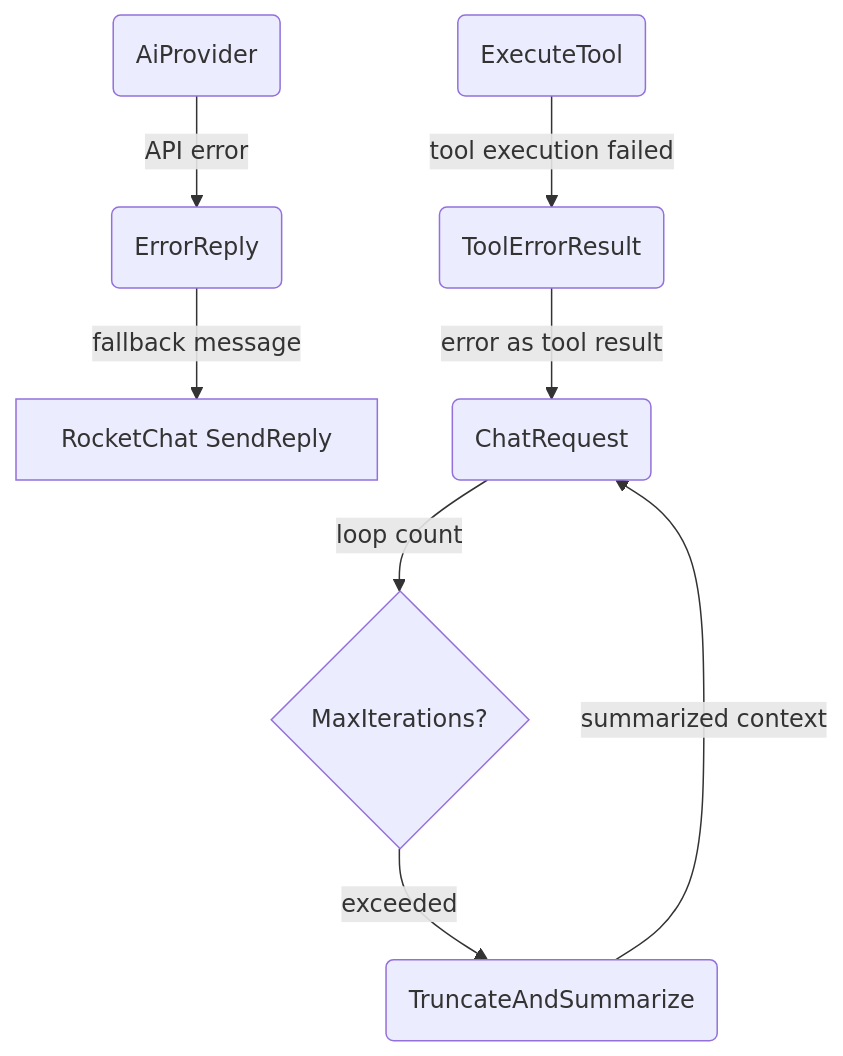
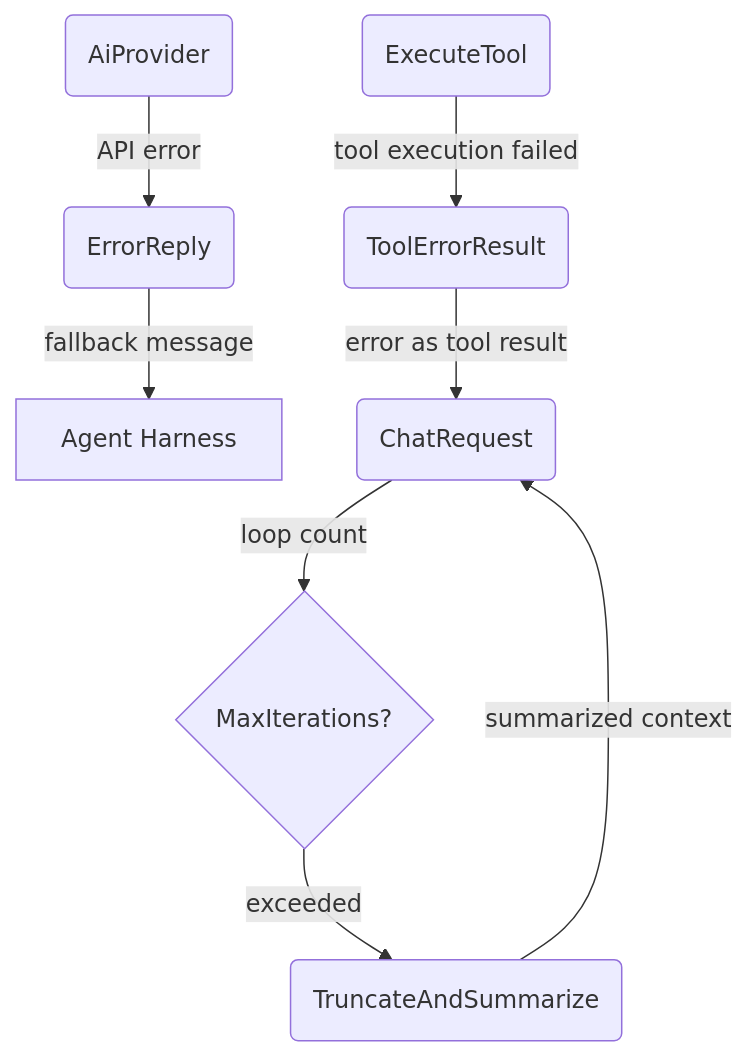
Before and after one commit to cosmoswafer/rockbot: the second of 4 diagrams in _dfds/agent.md, drawn with Mermaid. The commit also changed other lines of this file and 5 other files, not shown here.

First line of the commit message:
Add agent harness Level 1 DFD — application orchestrator

````diff
--- a/_dfds/agent.md
+++ b/_dfds/agent.md
@@ -52,19 +53,19 @@
 ```mermaid
 flowchart TD
     EXEC(ExecuteTool)
     AI(AiProvider)
     ERR_TOOL(ToolErrorResult)
     ERR_AI(ErrorReply)
     MAX_LOOP{MaxIterations?}
     TRUNC(TruncateAndSummarize)
-    RC_SEND[RocketChat SendReply]
+    HARNESS[Agent Harness]
     REQ(ChatRequest)
 
     EXEC -->|"tool execution failed"| ERR_TOOL
     ERR_TOOL -->|"error as tool result"| REQ
     AI -->|"API error"| ERR_AI
-    ERR_AI -->|"fallback message"| RC_SEND
+    ERR_AI -->|"fallback message"| HARNESS
     REQ -->|"loop count"| MAX_LOOP
     MAX_LOOP -->|"exceeded"| TRUNC
     TRUNC -->|"summarized context"| REQ
 ```
````
